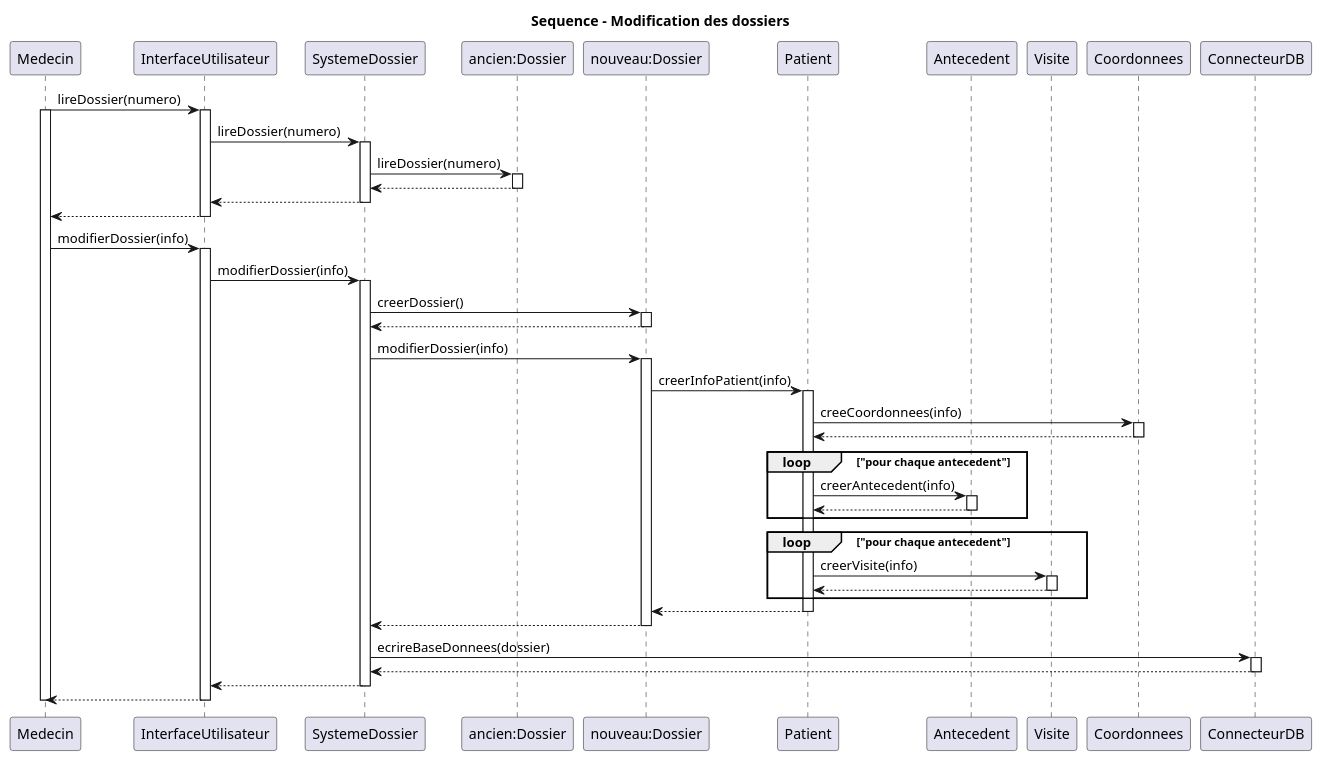
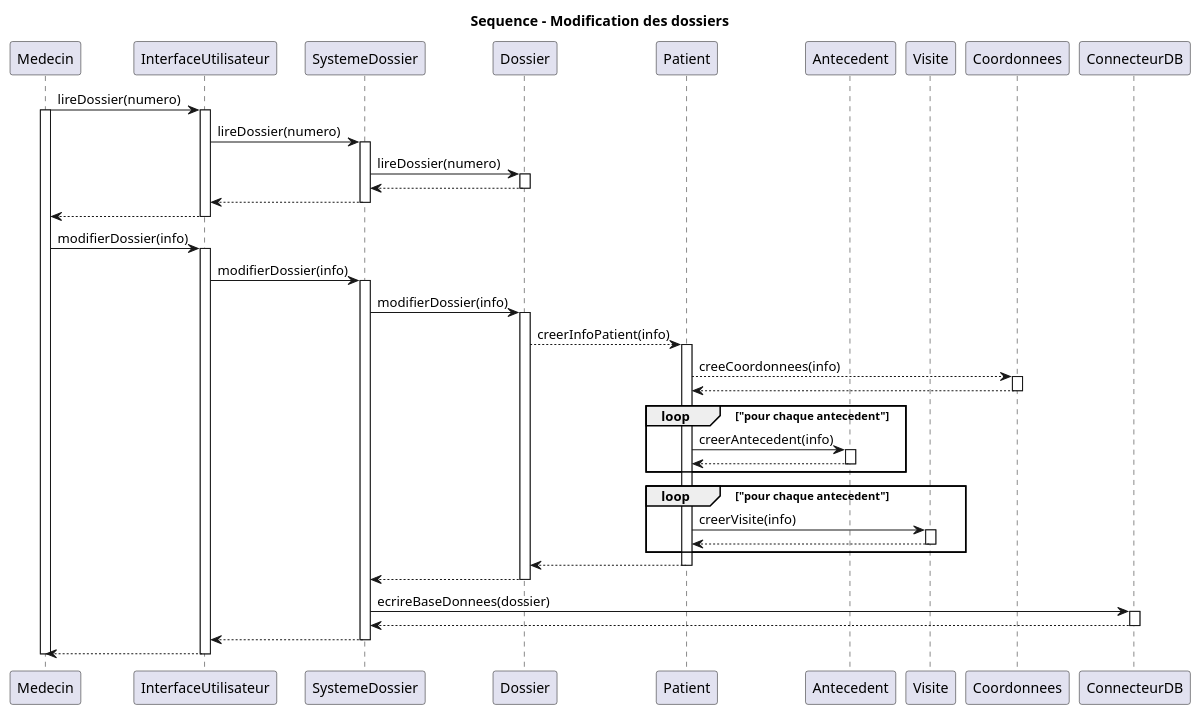
One commit to vbrayuqam/projet-genielog changed the diagram in sequenceModificationDossier.puml. Above: the diagram before and after it, drawn with PlantUML. The commit also changed 1 other file, not shown here.

```diff
--- a/sequenceModificationDossier.puml
+++ b/sequenceModificationDossier.puml
@@ -1,75 +1,70 @@
 @startuml sequenceModificationPatient
 
 title Sequence - Modification des dossiers
 
 participant Medecin as M
 participant InterfaceUtilisateur as U
 participant SystemeDossier as S
-participant "ancien:Dossier" as D
-participant "nouveau:Dossier" as D2
+participant Dossier as D
 participant Patient as P
 participant Antecedent as A
 participant Visite as V
 participant Coordonnees as C
 participant ConnecteurDB as DB
 
 
 M -> U: lireDossier(numero)
 activate M
 activate U
 U -> S: lireDossier(numero)
 activate S
 S -> D: lireDossier(numero)
 activate D
 D --> S
 deactivate D
 S --> U
 deactivate S
 U --> M
 deactivate U
 M -> U: modifierDossier(info)
 activate U
 U -> S: modifierDossier(info)
 activate S
-S -> D2: creerDossier()
-activate D2
-D2 --> S
-deactivate D2
-S -> D2: modifierDossier(info)
-activate D2
-D2 -> P: creerInfoPatient(info)
+S -> D: modifierDossier(info)
+activate D
+D --> P: creerInfoPatient(info)
 activate P
-P -> C: creeCoordonnees(info)
+P --> C: creeCoordonnees(info)
 activate C
 C --> P
 deactivate C
 
 loop "pour chaque antecedent"
   P -> A: creerAntecedent(info)
   activate A
   A --> P
   deactivate A
 end loop
 
 loop "pour chaque antecedent"
   P -> V: creerVisite(info)
   activate V
   V --> P
   deactivate V
 end loop
 
-P --> D2
+P --> D
 deactivate P
-D2 --> S
-deactivate D2
+D --> S
+deactivate D
 S -> DB: ecrireBaseDonnees(dossier)
 activate DB
 DB --> S
 deactivate DB
 S --> U
 deactivate S
 U --> M
 deactivate U
 deactivate M
 
 @enduml
```
